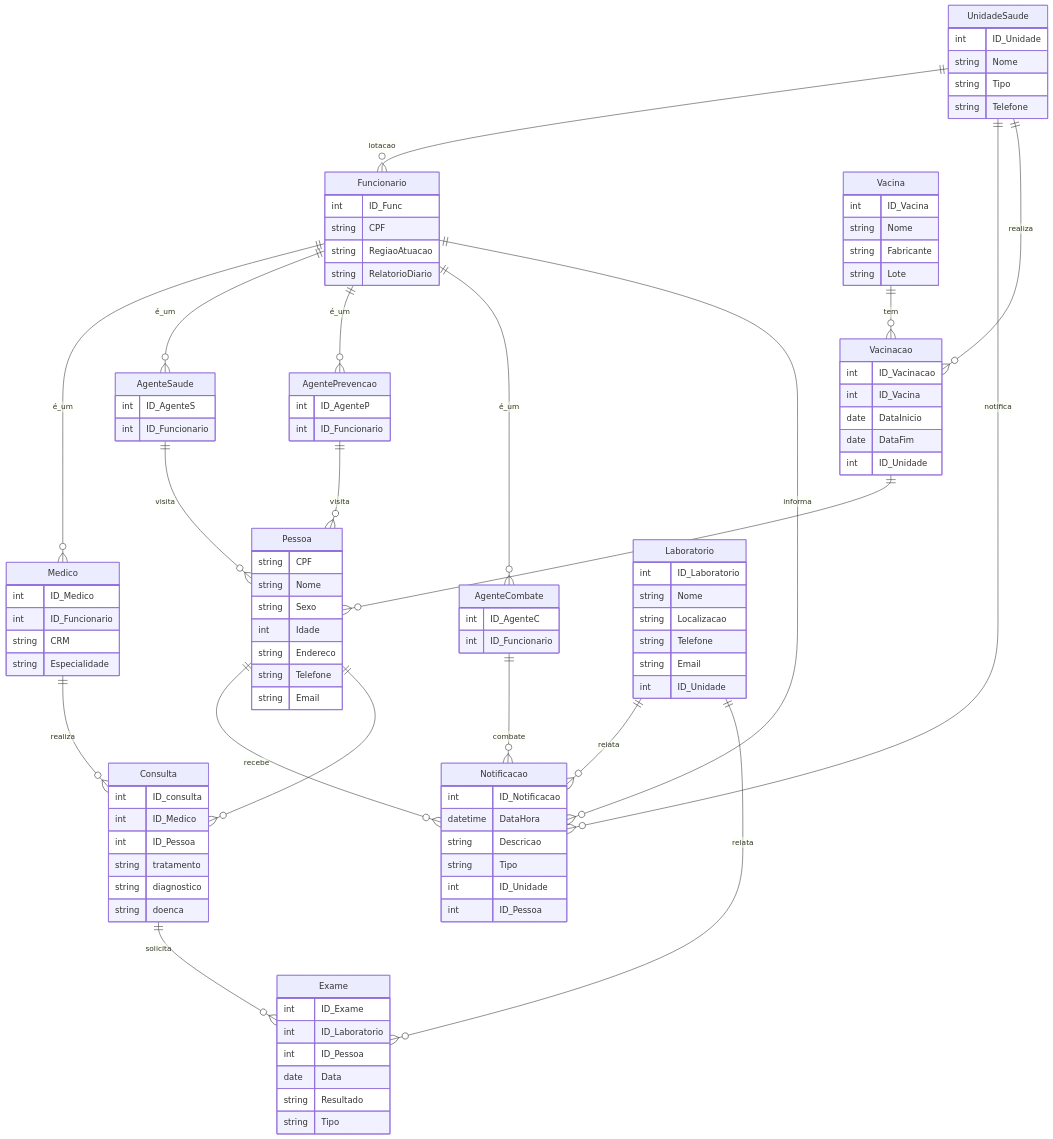
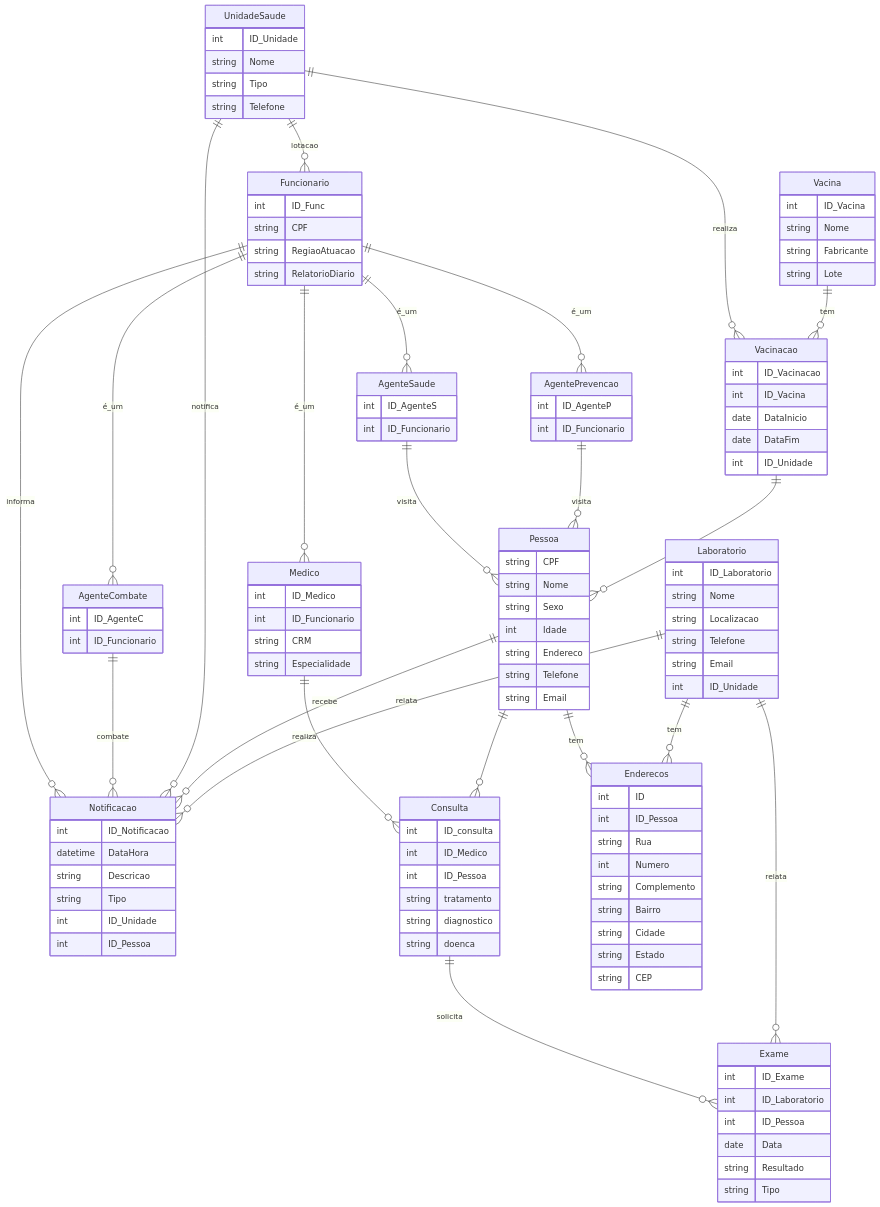
The first of 2 diagrams in projeto_Dengue/proj_final/README.md (kfrural/BD), drawn with Mermaid before and after one commit. The commit also changed other lines of this file, not shown here.

```diff
--- a/projeto_Dengue/proj_final/README.md
+++ b/projeto_Dengue/proj_final/README.md
@@ -289,6 +289,17 @@
         string Resultado
         string Tipo
     }
+      Enderecos {
+        int ID
+        int ID_Pessoa
+        string Rua
+        int Numero
+        string Complemento
+        string Bairro
+        string Cidade
+        string Estado
+        string CEP
+    }
 
 
     Funcionario ||--o{ Medico : "é_um"
@@ -310,12 +321,14 @@
     Pessoa ||--o{ Notificacao : "recebe"
     Consulta ||--o{ Exame : "solicita"
     Pessoa ||--o{ Consulta : ""
+    Pessoa ||--o{ Enderecos : "tem"
 
     Vacinacao ||--o{ Pessoa : ""
     Vacina ||--o{ Vacinacao : "tem"
     
     Laboratorio ||--o{ Notificacao : "relata"
     Laboratorio ||--o{ Exame : "relata"
+    Laboratorio ||--o{ Enderecos : "tem"
 
 
 
```
